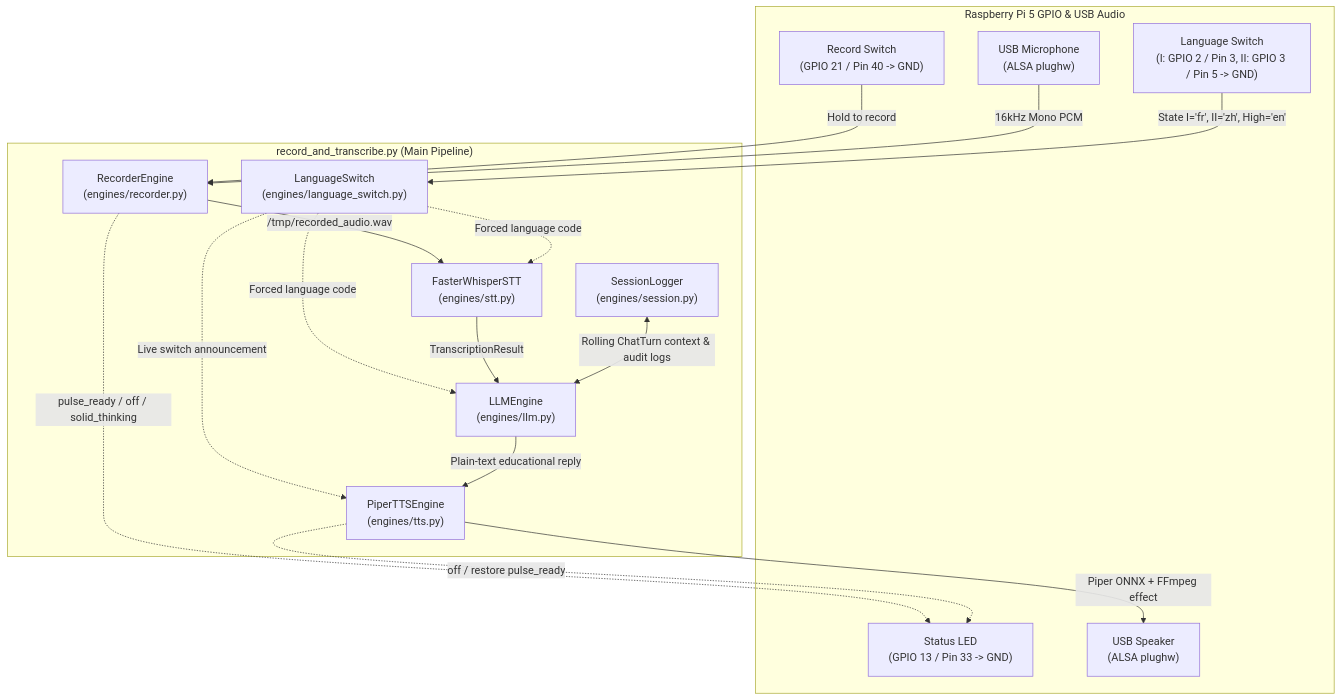
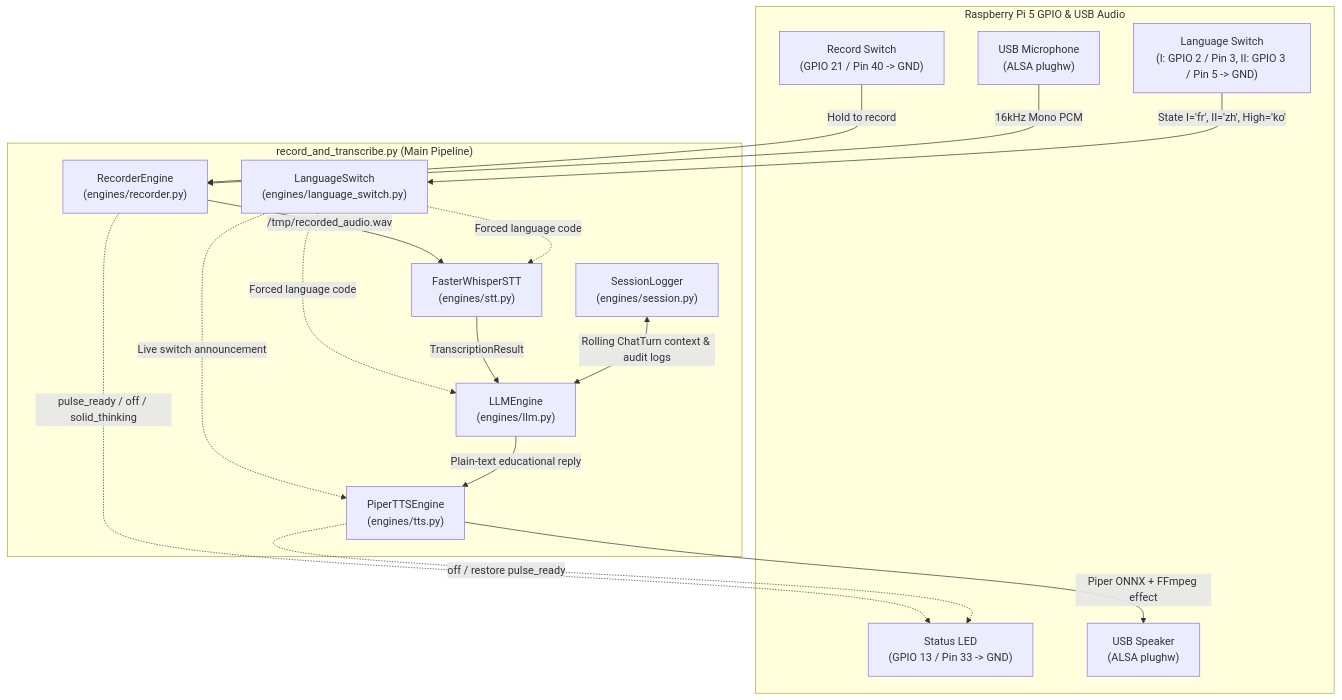
The diagram in rpi_voice/ARCHITECTURE.md (joetde/useless), drawn with Mermaid before and after one commit. The commit also changed other lines of this file and 4 other files, not shown here.

````diff
--- a/rpi_voice/ARCHITECTURE.md
+++ b/rpi_voice/ARCHITECTURE.md
@@ -9,33 +9,33 @@
 ```mermaid
 flowchart TD
     subgraph Hardware["Raspberry Pi 5 GPIO & USB Audio"]
         RecSwitch["Record Switch\n(GPIO 21 / Pin 40 -> GND)"]
         LangSwitch["Language Switch\n(I: GPIO 2 / Pin 3, II: GPIO 3 / Pin 5 -> GND)"]
         LED["Status LED\n(GPIO 13 / Pin 33 -> GND)"]
         Mic["USB Microphone\n(ALSA plughw)"]
         Speaker["USB Speaker\n(ALSA plughw)"]
     end
 
     subgraph App["record_and_transcribe.py (Main Pipeline)"]
         Recorder["RecorderEngine\n(engines/recorder.py)"]
         LangMon["LanguageSwitch\n(engines/language_switch.py)"]
         STT["FasterWhisperSTT\n(engines/stt.py)"]
         Session["SessionLogger\n(engines/session.py)"]
         LLM["LLMEngine\n(engines/llm.py)"]
         TTS["PiperTTSEngine\n(engines/tts.py)"]
     end
 
     RecSwitch -->|"Hold to record"| Recorder
     Mic -->|"16kHz Mono PCM"| Recorder
     Recorder -->|"/tmp/recorded_audio.wav"| STT
-    LangSwitch -->|"State I='fr', II='zh', High='en'"| LangMon
+    LangSwitch -->|"State I='fr', II='zh', High='ko'"| LangMon
     LangMon -.->|"Forced language code"| STT
     LangMon -.->|"Forced language code"| LLM
     LangMon -.->|"Live switch announcement"| TTS
     STT -->|"TranscriptionResult"| LLM
     Session <-->|"Rolling ChatTurn context & audit logs"| LLM
     LLM -->|"Plain-text educational reply"| TTS
     TTS -->|"Piper ONNX + FFmpeg effect"| Speaker
     Recorder -.->|"pulse_ready / off / solid_thinking"| LED
     TTS -.->|"off / restore pulse_ready"| LED
 ```
````
